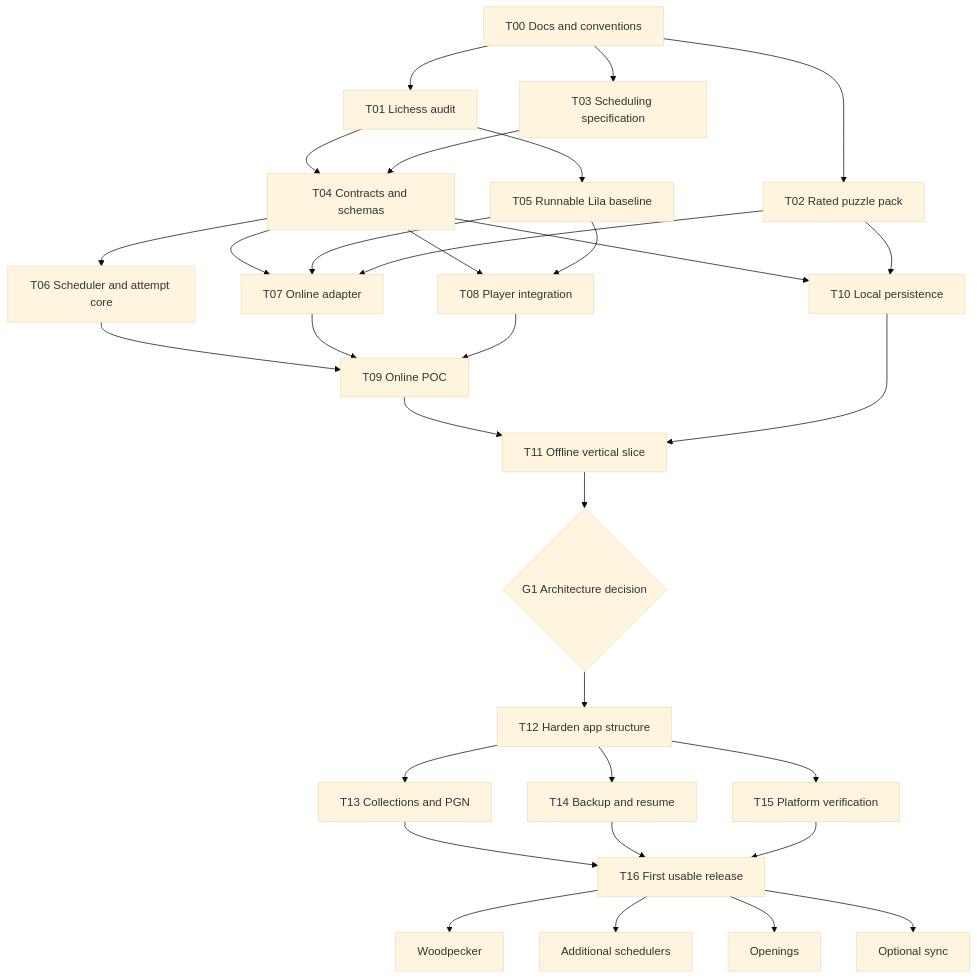
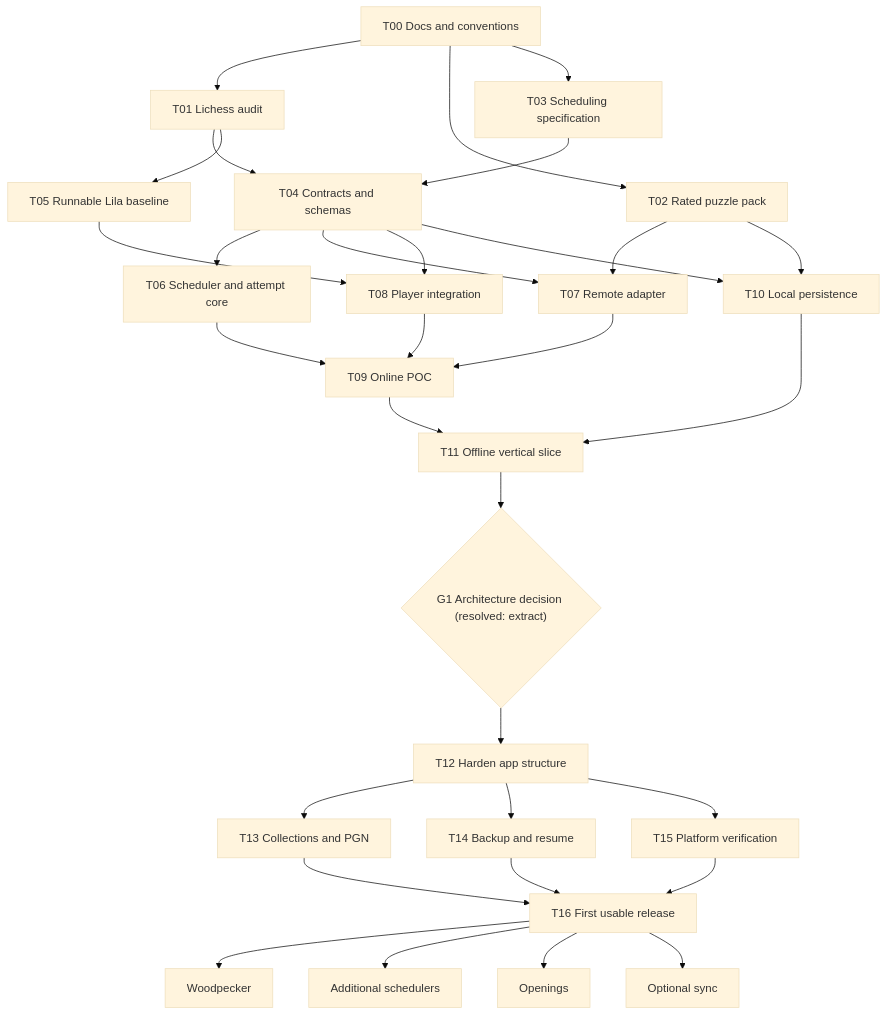
One commit to Dylananson/chessengram changed the diagram in docs/PROJECT_PLAN.md. Above: the diagram before and after it, drawn with Mermaid (base theme). The commit also changed other lines of this file and 2 other files, not shown here.

First line of the commit message:
docs(adr): accept extraction architecture, no Lila fork (ADR-005)

````diff
--- a/docs/PROJECT_PLAN.md
+++ b/docs/PROJECT_PLAN.md
@@ -100,34 +106,33 @@
 ```mermaid
 flowchart TD
  T00["T00 Docs and conventions"] --> T01["T01 Lichess audit"]
  T00 --> T02["T02 Rated puzzle pack"]
  T00 --> T03["T03 Scheduling specification"]
  T01 --> T04["T04 Contracts and schemas"]
  T03 --> T04
  T01 --> T05["T05 Runnable Lila baseline"]
  T04 --> T06["T06 Scheduler and attempt core"]
- T04 --> T07["T07 Online adapter"]
- T05 --> T07
+ T04 --> T07["T07 Remote adapter"]
  T02 --> T07
  T04 --> T08["T08 Player integration"]
  T05 --> T08
  T06 --> T09["T09 Online POC"]
  T07 --> T09
  T08 --> T09
  T04 --> T10["T10 Local persistence"]
  T02 --> T10
  T09 --> T11["T11 Offline vertical slice"]
  T10 --> T11
- T11 --> G1{"G1 Architecture decision"}
+ T11 --> G1{"G1 Architecture decision (resolved: extract)"}
  G1 --> T12["T12 Harden app structure"]
  T12 --> T13["T13 Collections and PGN"]
  T12 --> T14["T14 Backup and resume"]
  T12 --> T15["T15 Platform verification"]
  T13 --> T16["T16 First usable release"]
  T14 --> T16
  T15 --> T16
  T16 --> F1["Woodpecker"]
  T16 --> F2["Additional schedulers"]
  T16 --> F3["Openings"]
  T16 --> F4["Optional sync"]
 ```
````
